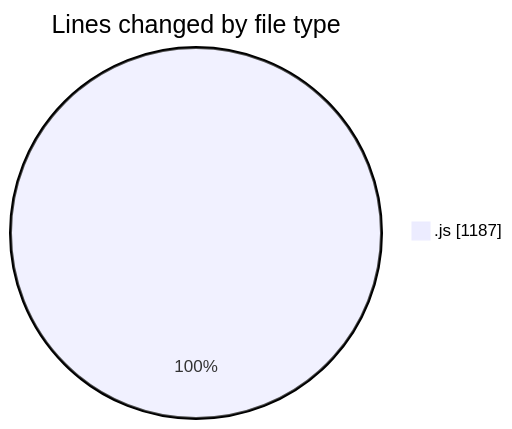
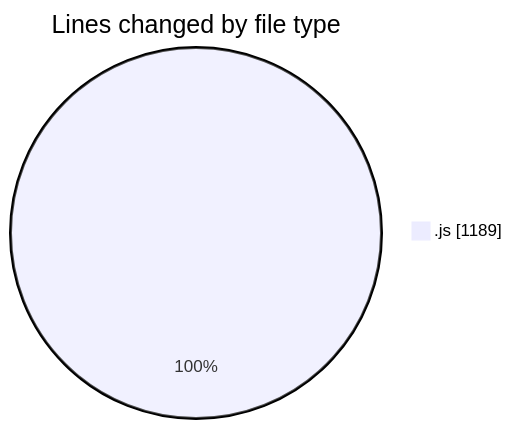
One commit to nxtqubesakshisongat/code-tracking changed the first of 2 diagrams in 2025-09-08/cashcalculator/README.md. Above: the diagram before and after it, drawn with Mermaid. The commit also changed other lines of this file and 1 other file, not shown here.

````diff
--- a/2025-09-08/cashcalculator/README.md
+++ b/2025-09-08/cashcalculator/README.md
@@ -20,5 +20,5 @@
 ```mermaid
 pie showData
 title Lines changed by file type
-".js" : 1187
+".js" : 1189
 ```
````
